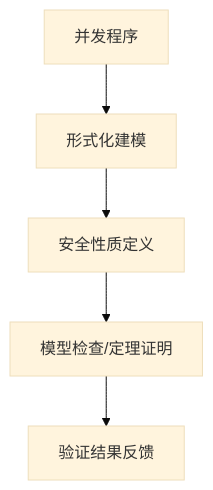
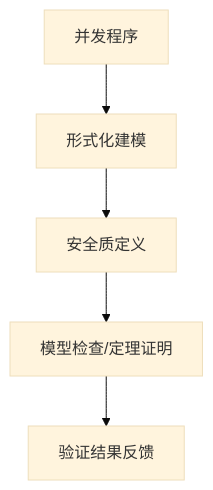
The sixth of 6 diagrams in formal_rust/refactor/01_core_theory/05_concurrency_model/01_concurrency_theory.md (martin-ly/rust-lang), drawn with Mermaid (base theme) before and after one commit. The commit also changed other lines of this file and 5740 other files, not shown here.

````diff
--- a/formal_rust/refactor/01_core_theory/05_concurrency_model/01_concurrency_theory.md
+++ b/formal_rust/refactor/01_core_theory/05_concurrency_model/01_concurrency_theory.md
@@ -456,7 +456,7 @@
 ```mermaid
 graph TD
     A[并发程序] --> B[形式化建模]
-    B --> C[安全性质定义]
+    B --> C[安全质定义]
     C --> D[模型检查/定理证明]
     D --> E[验证结果反馈]
 ```
````
